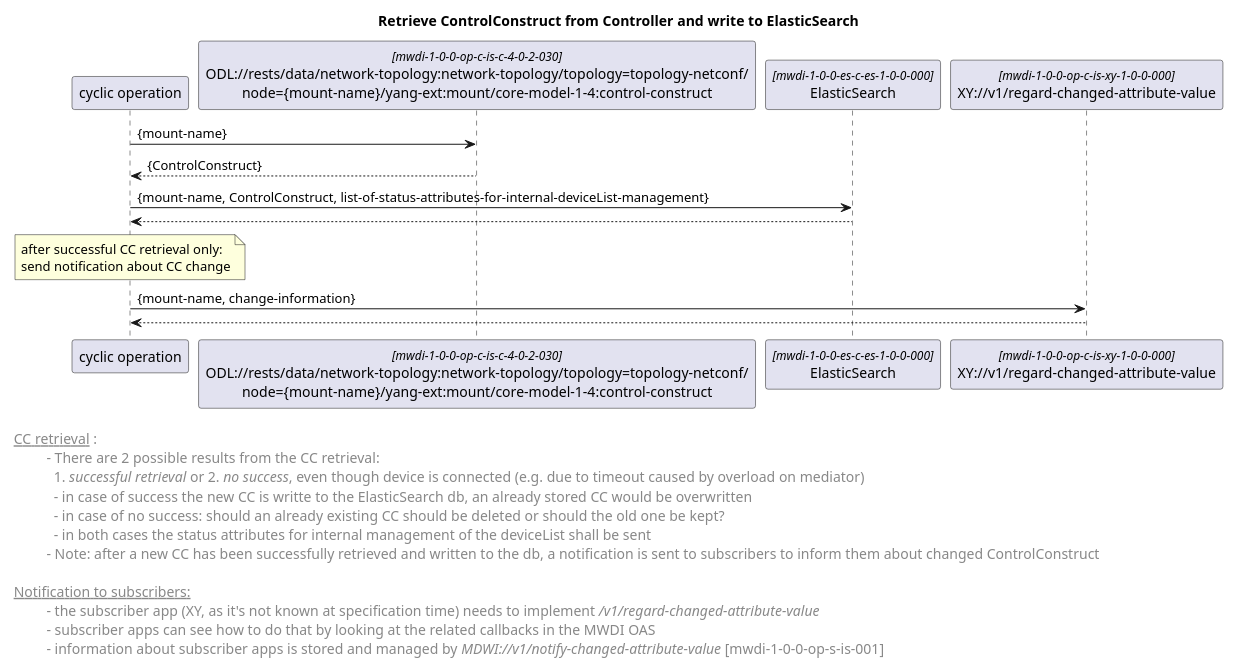
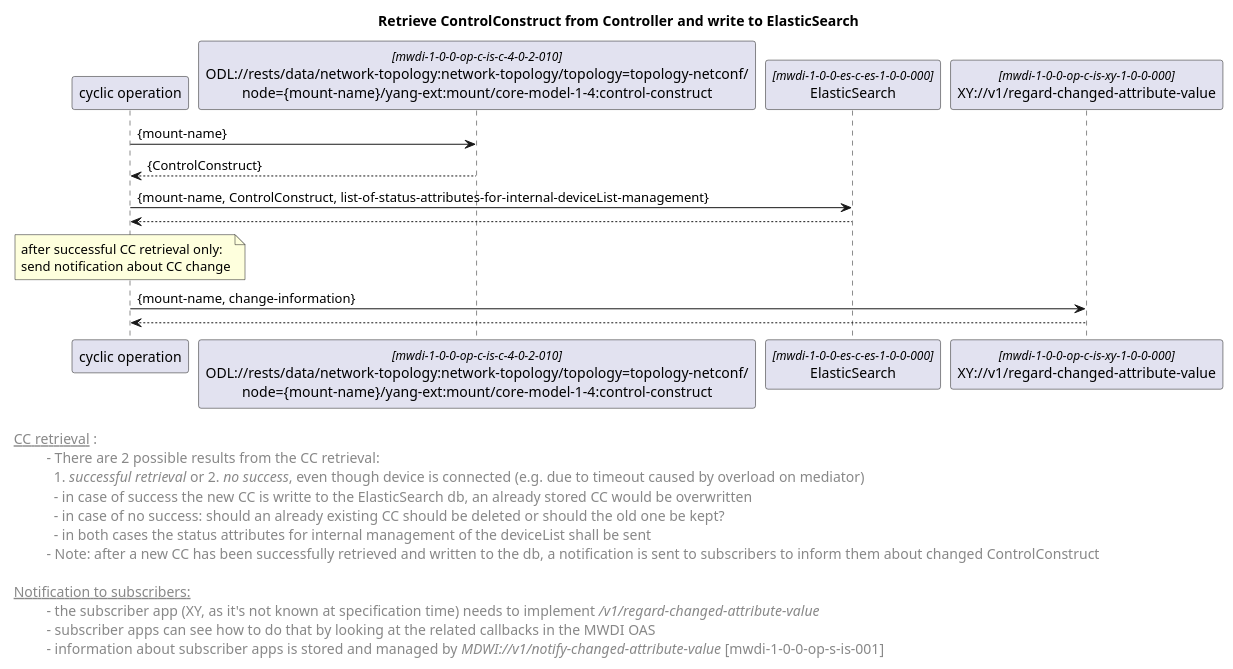
The diagram in spec/_NEU_MIT_NOTIFICATION_PROXY_draft/diagrams/03x_forwardingCyclicOperationRetrieveControlConstruct.plantuml (openBackhaul/MicroWaveDeviceInventory), drawn with PlantUML before and after one commit. The commit also changed 6 other files, not shown here.

```diff
--- a/spec/_NEU_MIT_NOTIFICATION_PROXY_draft/diagrams/03x_forwardingCyclicOperationRetrieveControlConstruct.plantuml
+++ b/spec/_NEU_MIT_NOTIFICATION_PROXY_draft/diagrams/03x_forwardingCyclicOperationRetrieveControlConstruct.plantuml
@@ -1,53 +1,53 @@
 @startuml
 skinparam responseMessageBelowArrow true
 skinparam guillemet [ ]
 skinparam participant {
   StereotypeFontSize 12  
 }
 
 title Retrieve ControlConstruct from Controller and write to ElasticSearch
 
 'participants
 participant "cyclic operation" as cyclicop
-participant "ODL://rests/data/network-topology:network-topology/topology=topology-netconf/\nnode={mount-name}/yang-ext:mount/core-model-1-4:control-construct" as odlcc <<mwdi-1-0-0-op-c-is-c-4-0-2-030>>
+participant "ODL://rests/data/network-topology:network-topology/topology=topology-netconf/\nnode={mount-name}/yang-ext:mount/core-model-1-4:control-construct" as odlcc <<mwdi-1-0-0-op-c-is-c-4-0-2-010>>
 participant "ElasticSearch" as es <<mwdi-1-0-0-es-c-es-1-0-0-000>>
 participant "XY://v1/regard-changed-attribute-value" as notification <<mwdi-1-0-0-op-c-is-xy-1-0-0-000>>
 
 cyclicop -> odlcc: {mount-name}
 odlcc --> cyclicop: {ControlConstruct}
 
 
 cyclicop -> es: {mount-name, ControlConstruct, list-of-status-attributes-for-internal-deviceList-management}
 es --> cyclicop
 
 note over cyclicop: after successful CC retrieval only: \nsend notification about CC change
 
 cyclicop -> notification: {mount-name, change-information}
 notification --> cyclicop
 
 
 left footer 
 
 <u> CC retrieval </u>:
 \t  - There are 2 possible results from the CC retrieval: 
 \t    1. <i>successful retrieval</i> or 2. <i>no success</i>, even though device is connected (e.g. due to timeout caused by overload on mediator)
 \t    - in case of success the new CC is writte to the ElasticSearch db, an already stored CC would be overwritten
 \t    - in case of no success: should an already existing CC should be deleted or should the old one be kept?
 \t    - in both cases the status attributes for internal management of the deviceList shall be sent
 \t  - Note: after a new CC has been successfully retrieved and written to the db, a notification is sent to subscribers to inform them about changed ControlConstruct
 
 <u> Notification to subscribers: </u>
 \t  - the subscriber app (XY, as it's not known at specification time) needs to implement <i>/v1/regard-changed-attribute-value</i>
 \t  - subscriber apps can see how to do that by looking at the related callbacks in the MWDI OAS 
 \t  - information about subscriber apps is stored and managed by <i>MDWI://v1/notify-changed-attribute-value</i> [mwdi-1-0-0-op-s-is-001]
 end footer
 
 <style>
 footer {
   HorizontalAlignment left
   FontSize 14
 }
 </style>
 
 
 @enduml
```
